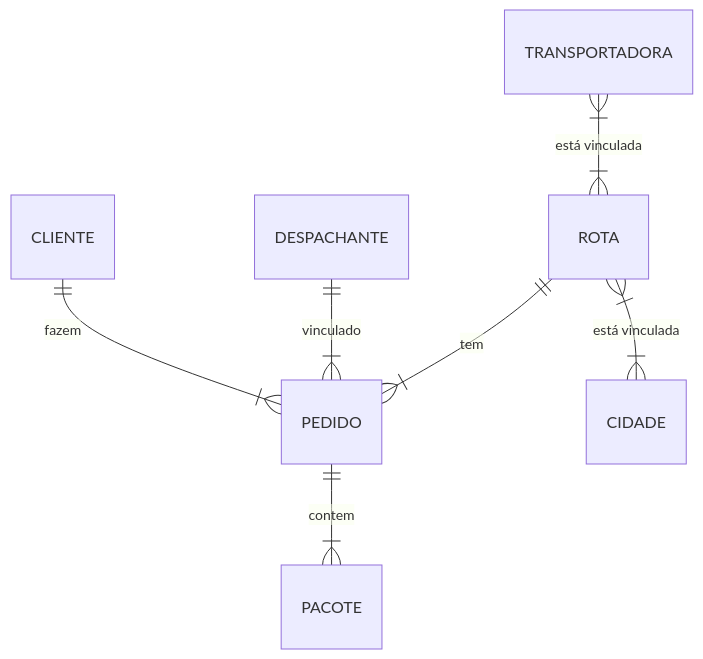
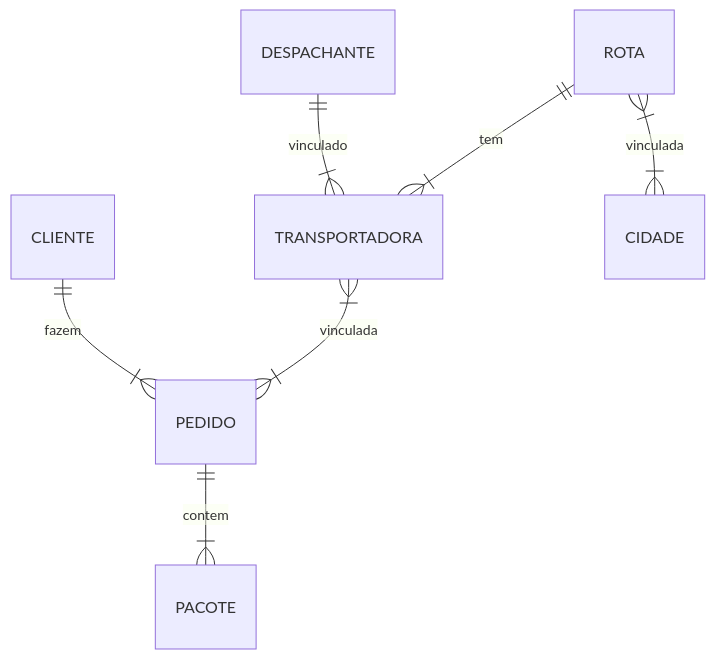
The first of 2 diagrams in README.md (EntregaMais/Entrega-Mais-Ruby-on-Rails), drawn with Mermaid before and after one commit. The commit also changed other lines of this file, not shown here.

First line of the commit message:
feat: modificado modelo ER

````diff
--- a/README.md
+++ b/README.md
@@ -39,20 +39,20 @@
 ```mermaid
 erDiagram
 	%% ENTIDADES
 	CLIENTE
 	PEDIDO
 	PACOTE
 	DESPACHANTE
 	ROTA
 	TRANSPORTADORA
 	CIDADE
 
 	%% RELACIONAMENTOS
 	CLIENTE ||--|{  PEDIDO : "fazem"
 	PEDIDO ||--|{ PACOTE : "contem"
-	DESPACHANTE ||--|{ PEDIDO : "vinculado"
+	DESPACHANTE ||--|{ TRANSPORTADORA : "vinculado"
 
-	ROTA ||--|{ PEDIDO : "tem"
-	TRANSPORTADORA }|--|{ ROTA : "está vinculada"
-	ROTA }|--|{ CIDADE : "está vinculada"
+	ROTA ||--|{ TRANSPORTADORA : "tem"
+	TRANSPORTADORA }|--|{ PEDIDO : "vinculada"
+	ROTA }|--|{ CIDADE : "vinculada"
 ```
````
